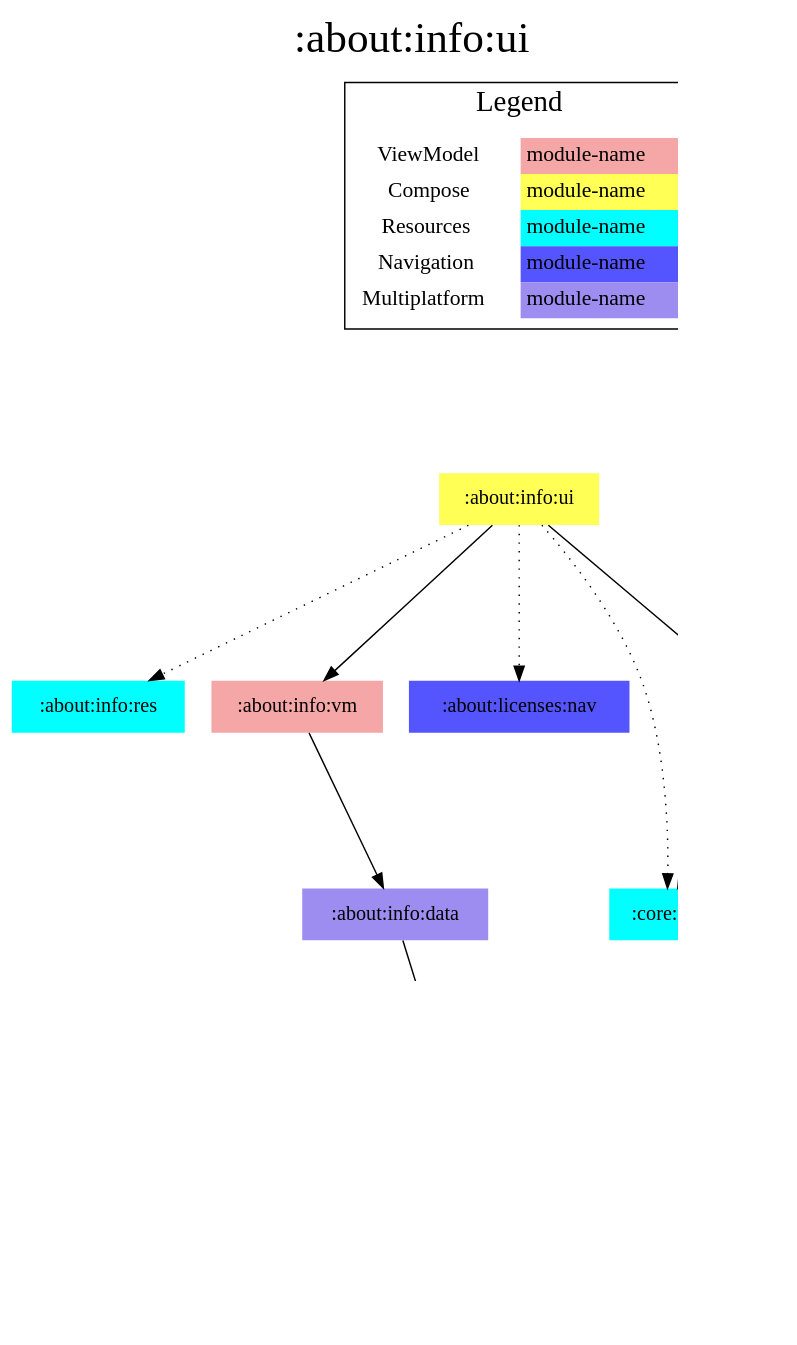
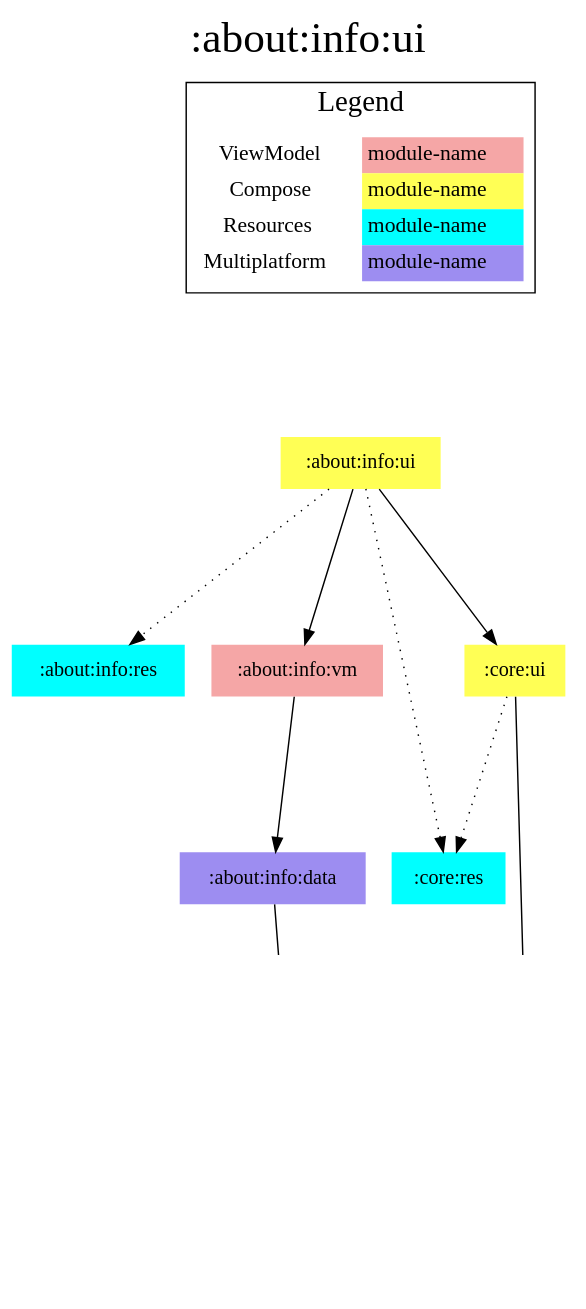
One commit to jonapoul/aktual changed the diagram in modules/about/info/ui/modules.dot. Above: the diagram before and after it, drawn with Graphviz. The commit also changed 66 other files, not shown here.

```diff
--- a/modules/about/info/ui/modules.dot
+++ b/modules/about/info/ui/modules.dot
@@ -1,43 +1,40 @@
 digraph {
 edge ["dir"="forward"]
 graph ["dpi"="100","label"=":about:info:ui","labelloc"="t","fontsize"="30","ranksep"="1.5","rankdir"="TB"]
 node ["style"="filled"]
 ":about:info:data" ["fillcolor"="#9D8DF1","shape"="none"]
 ":about:info:res" ["fillcolor"="#00FFFF","shape"="none"]
 ":about:info:ui" ["fillcolor"="#FFFF55","shape"="none"]
 ":about:info:vm" ["fillcolor"="#F5A6A6","shape"="none"]
-":about:licenses:nav" ["fillcolor"="#5555FF","shape"="none"]
 ":api:github" ["fillcolor"="#9D8DF1","shape"="none"]
 ":codegen:annotation" ["fillcolor"="#9D8DF1","shape"="none"]
 ":core:model" ["fillcolor"="#9D8DF1","shape"="none"]
 ":core:res" ["fillcolor"="#00FFFF","shape"="none"]
 ":core:ui" ["fillcolor"="#FFFF55","shape"="none"]
 {
 edge ["dir"="none"]
 graph ["rank"="same"]
 }
 ":about:info:data" -> ":api:github"
 ":about:info:ui" -> ":about:info:res" ["style"="dotted"]
 ":about:info:ui" -> ":about:info:vm"
-":about:info:ui" -> ":about:licenses:nav" ["style"="dotted"]
 ":about:info:ui" -> ":core:res" ["style"="dotted"]
 ":about:info:ui" -> ":core:ui"
 ":about:info:vm" -> ":about:info:data"
 ":api:github" -> ":codegen:annotation" ["style"="dotted"]
 ":api:github" -> ":core:model"
 ":core:ui" -> ":core:model"
 ":core:ui" -> ":core:res" ["style"="dotted"]
 subgraph "cluster_legend" {
 edge ["dir"="none"]
 graph ["label"="Legend","fontsize"="20"]
 "Legend" ["style"="filled","fillcolor"="#FFFFFF","shape"="none","margin"="0","fontsize"="15","label"=<
 <TABLE BORDER="0" CELLBORDER="0" CELLSPACING="0" CELLPADDING="4">
 <TR><TD>ViewModel</TD><TD BGCOLOR="#F5A6A6">module-name</TD></TR>
 <TR><TD>Compose</TD><TD BGCOLOR="#FFFF55">module-name</TD></TR>
 <TR><TD>Resources</TD><TD BGCOLOR="#00FFFF">module-name</TD></TR>
-<TR><TD>Navigation</TD><TD BGCOLOR="#5555FF">module-name</TD></TR>
 <TR><TD>Multiplatform</TD><TD BGCOLOR="#9D8DF1">module-name</TD></TR>
 </TABLE>
 >]
 } -> ":about:info:ui" ["style"="invis"]
 }
```
